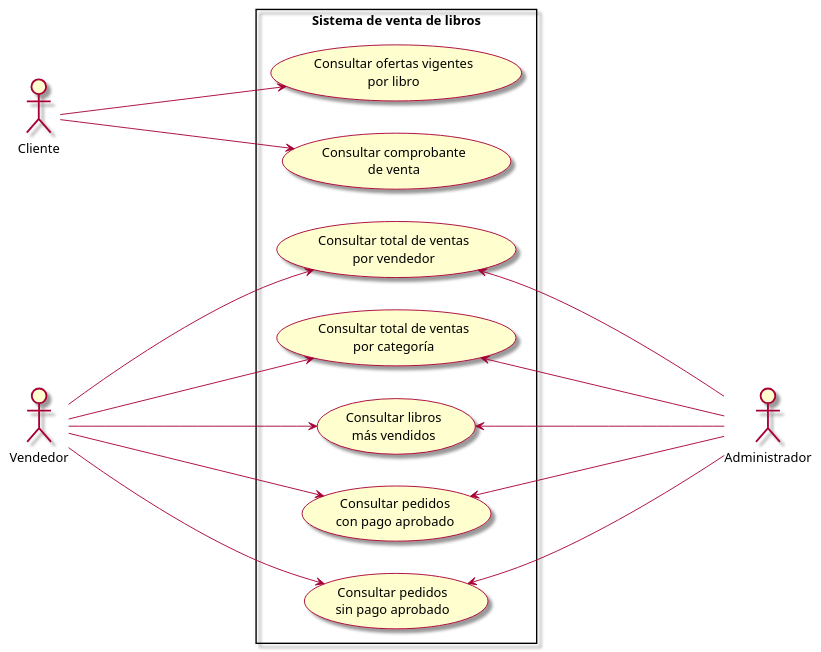
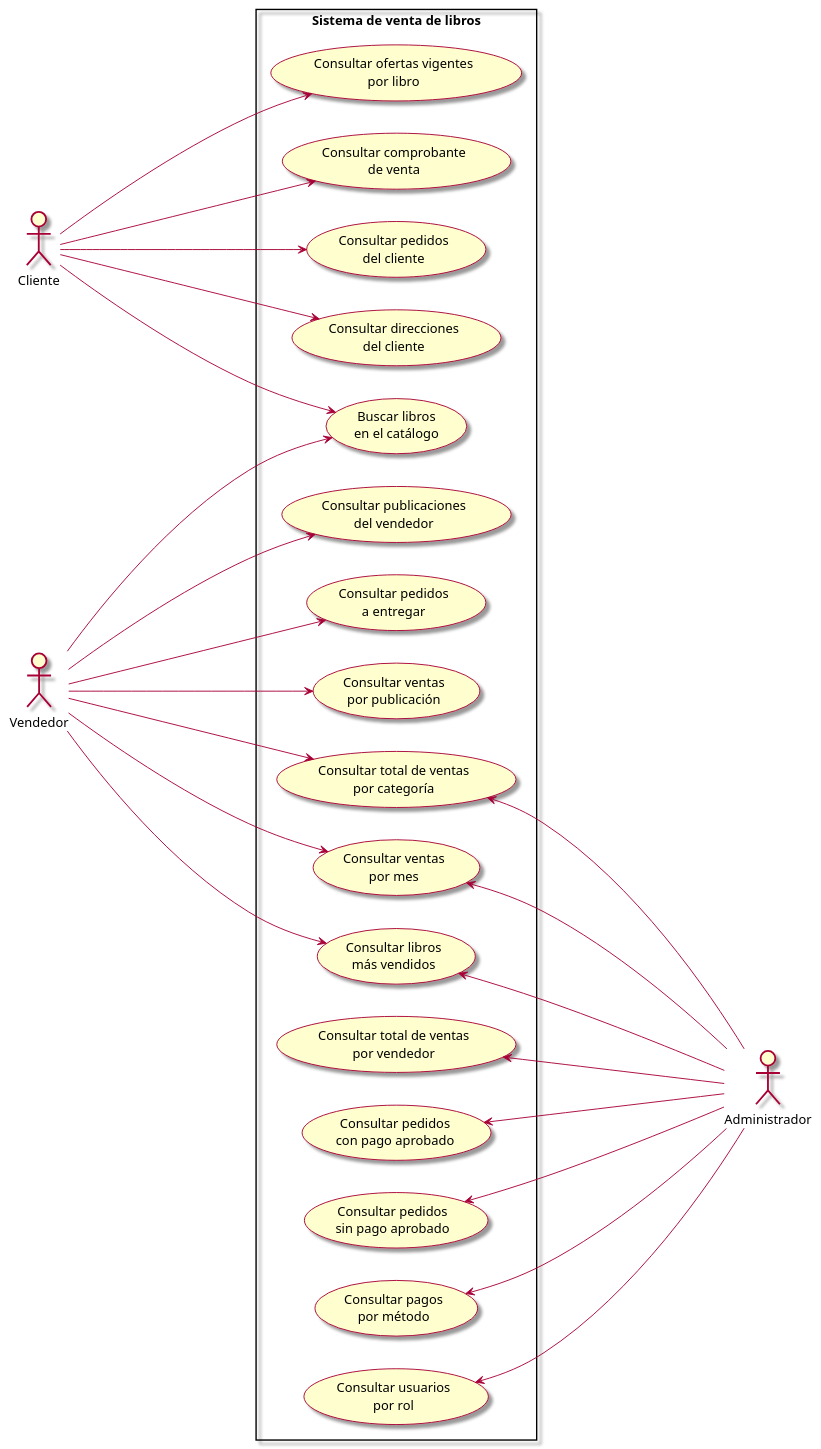
One commit to Leonardofsirota/proyecto-bd1-equipo_04 changed the diagram in docs/etapa-04/casos-uso.puml. Above: the diagram before and after it, drawn with PlantUML. The commit also changed 21 other files, not shown here.

Commit message:
docs: actualizadas etapas 1, 2 y 4 con descuento, reservas y consultas por rol

```diff
--- a/docs/etapa-04/casos-uso.puml
+++ b/docs/etapa-04/casos-uso.puml
@@ -1,62 +1,90 @@
 @startuml casos-uso
 ' Diagrama de casos de uso de las consultas de sql/consultas.
 ' Se excluye control/control-carga-datos.sql: verifica la precarga de la base
 ' y no corresponde a ningún rol de USUARIO.
 
 skin rose
 left to right direction
 skinparam ranksep 220
 
 <style>
 rectangle {
   HorizontalAlignment center
 }
 </style>
 
 actor Cliente
 actor Vendedor
 actor Administrador
 
 rectangle "Sistema de venta de libros" {
-  ' catalogo/ y comprobantes/
+  ' cliente/
   usecase "Consultar ofertas vigentes\npor libro" as UC_OFERTAS
   usecase "Consultar comprobante\nde venta" as UC_COMPROBANTE
+  usecase "Consultar pedidos\ndel cliente" as UC_PEDIDOS_CLIENTE
+  usecase "Consultar direcciones\ndel cliente" as UC_DIRECCIONES
+  usecase "Buscar libros\nen el catálogo" as UC_BUSCAR
 
-  ' ventas/
-  usecase "Consultar total de ventas\npor vendedor" as UC_VENTAS_VENDEDOR
+  ' vendedor/
+  usecase "Consultar publicaciones\ndel vendedor" as UC_PUBLICACIONES
+  usecase "Consultar pedidos\na entregar" as UC_A_ENTREGAR
+  usecase "Consultar ventas\npor publicación" as UC_VENTAS_PUBLICACION
+
+  ' vendedor-administrador/
   usecase "Consultar total de ventas\npor categoría" as UC_VENTAS_CATEGORIA
+  usecase "Consultar ventas\npor mes" as UC_VENTAS_MES
   usecase "Consultar libros\nmás vendidos" as UC_MAS_VENDIDOS
 
-  ' pagos/
+  ' administrador/
+  usecase "Consultar total de ventas\npor vendedor" as UC_VENTAS_VENDEDOR
   usecase "Consultar pedidos\ncon pago aprobado" as UC_CON_PAGO
   usecase "Consultar pedidos\nsin pago aprobado" as UC_SIN_PAGO
+  usecase "Consultar pagos\npor método" as UC_PAGOS_METODO
+  usecase "Consultar usuarios\npor rol" as UC_USUARIOS
 }
 
 ' Enlaces ocultos: mantienen los casos en una columna, agrupados por carpeta.
 ' Se escriben de abajo hacia arriba porque Graphviz invierte el orden dentro
 ' del rectángulo; así los casos se dibujan en el orden en que se declaran.
+UC_USUARIOS -[hidden]right- UC_PAGOS_METODO
+UC_PAGOS_METODO -[hidden]right- UC_SIN_PAGO
 UC_SIN_PAGO -[hidden]right- UC_CON_PAGO
-UC_CON_PAGO -[hidden]right- UC_MAS_VENDIDOS
-UC_MAS_VENDIDOS -[hidden]right- UC_VENTAS_CATEGORIA
-UC_VENTAS_CATEGORIA -[hidden]right- UC_VENTAS_VENDEDOR
-UC_VENTAS_VENDEDOR -[hidden]right- UC_COMPROBANTE
+UC_CON_PAGO -[hidden]right- UC_VENTAS_VENDEDOR
+UC_VENTAS_VENDEDOR -[hidden]right- UC_MAS_VENDIDOS
+UC_MAS_VENDIDOS -[hidden]right- UC_VENTAS_MES
+UC_VENTAS_MES -[hidden]right- UC_VENTAS_CATEGORIA
+UC_VENTAS_CATEGORIA -[hidden]right- UC_VENTAS_PUBLICACION
+UC_VENTAS_PUBLICACION -[hidden]right- UC_A_ENTREGAR
+UC_A_ENTREGAR -[hidden]right- UC_PUBLICACIONES
+UC_PUBLICACIONES -[hidden]right- UC_BUSCAR
+UC_BUSCAR -[hidden]right- UC_DIRECCIONES
+UC_DIRECCIONES -[hidden]right- UC_PEDIDOS_CLIENTE
+UC_PEDIDOS_CLIENTE -[hidden]right- UC_COMPROBANTE
 UC_COMPROBANTE -[hidden]right- UC_OFERTAS
 
 Cliente --> UC_OFERTAS
 Cliente --> UC_COMPROBANTE
+Cliente --> UC_PEDIDOS_CLIENTE
+Cliente --> UC_DIRECCIONES
+Cliente --> UC_BUSCAR
 
-Vendedor --> UC_VENTAS_VENDEDOR
+Vendedor --> UC_BUSCAR
+Vendedor --> UC_PUBLICACIONES
+Vendedor --> UC_A_ENTREGAR
+Vendedor --> UC_VENTAS_PUBLICACION
 Vendedor --> UC_VENTAS_CATEGORIA
+Vendedor --> UC_VENTAS_MES
 Vendedor --> UC_MAS_VENDIDOS
-Vendedor --> UC_CON_PAGO
-Vendedor --> UC_SIN_PAGO
 
 ' Con la flecha invertida, el Administrador queda a la derecha del sistema y
 ' sus líneas no se cruzan con las del Vendedor.
+UC_VENTAS_CATEGORIA <-- Administrador
+UC_VENTAS_MES <-- Administrador
+UC_MAS_VENDIDOS <-- Administrador
 UC_VENTAS_VENDEDOR <-- Administrador
-UC_VENTAS_CATEGORIA <-- Administrador
-UC_MAS_VENDIDOS <-- Administrador
 UC_CON_PAGO <-- Administrador
 UC_SIN_PAGO <-- Administrador
+UC_PAGOS_METODO <-- Administrador
+UC_USUARIOS <-- Administrador
 
 @enduml
```
